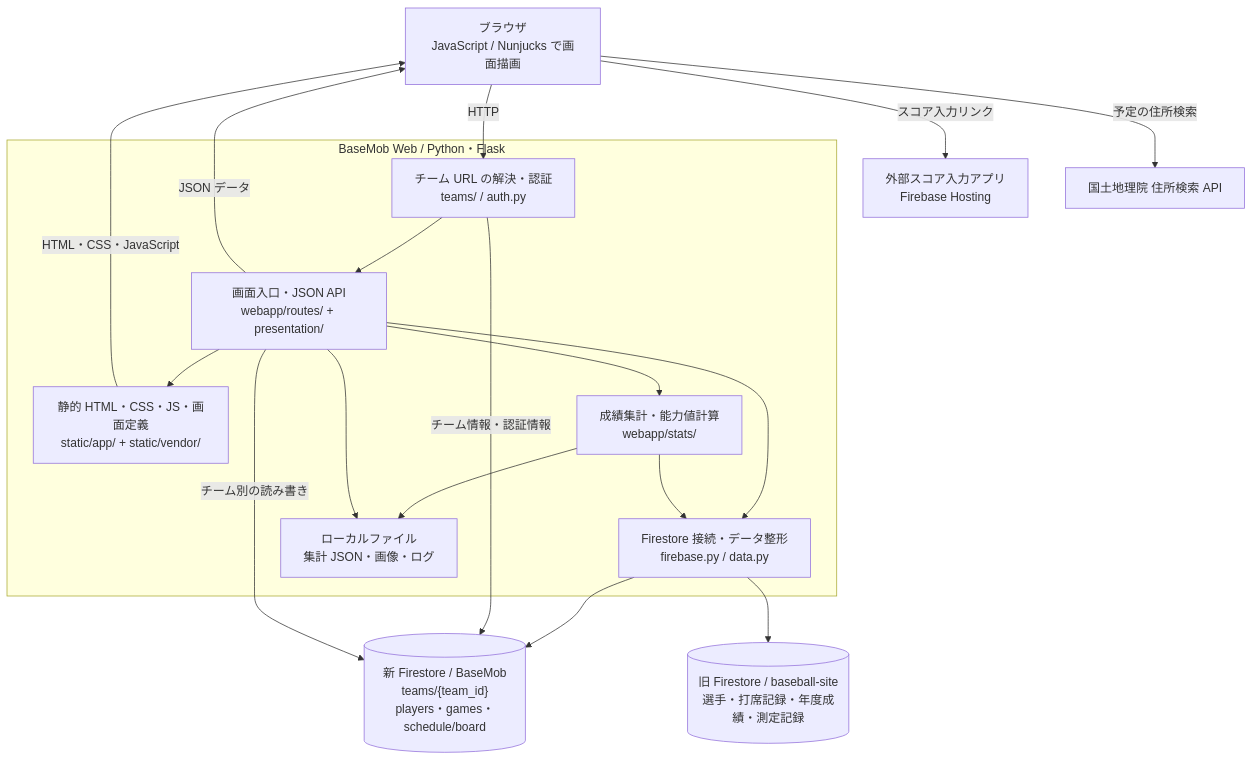
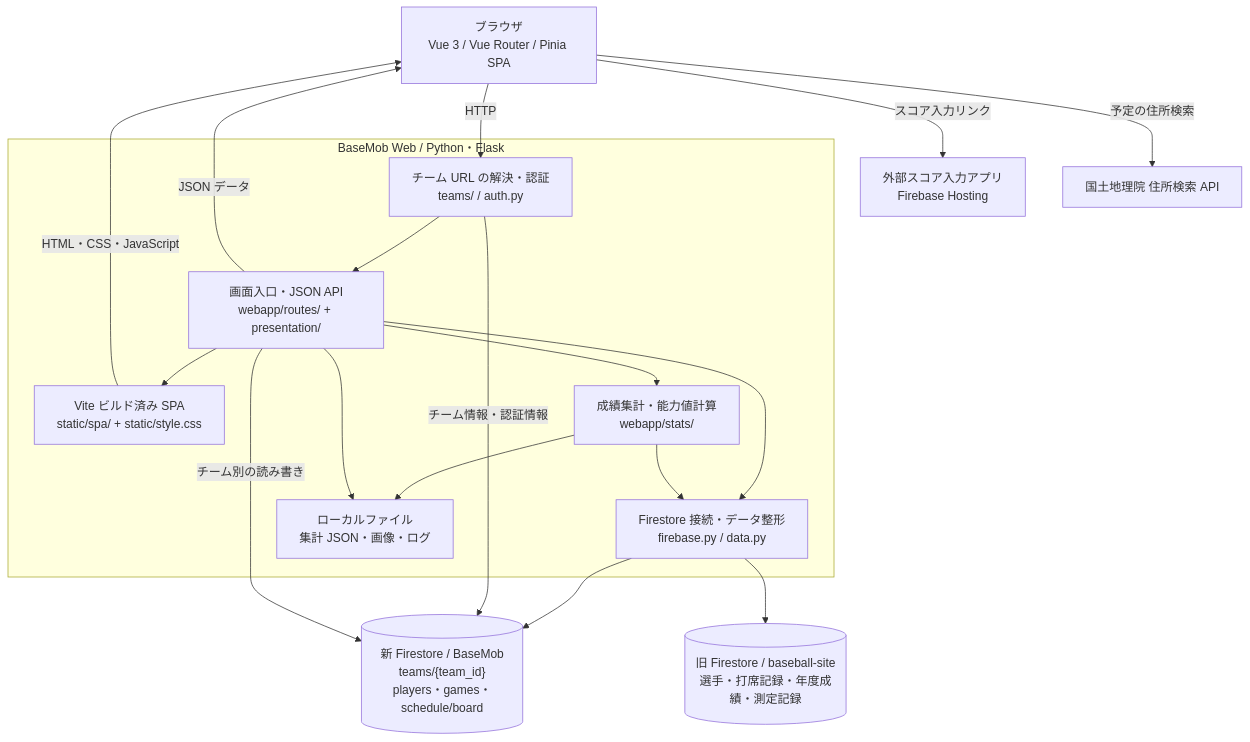
One commit to t-kik0313/basemob-web changed the diagram in README.md. Above: the diagram before and after it, drawn with Mermaid. The commit also changed other lines of this file and 134 other files, not shown here.

````diff
--- a/README.md
+++ b/README.md
@@ -20,35 +20,35 @@
 ```mermaid
 flowchart TB
-    browser["ブラウザ<br/>JavaScript / Nunjucks で画面描画"]
+    browser["ブラウザ<br/>Vue 3 / Vue Router / Pinia SPA"]
     score["外部スコア入力アプリ<br/>Firebase Hosting"]
     geo["国土地理院 住所検索 API"]
 
     subgraph server["BaseMob Web / Python・Flask"]
         auth["チーム URL の解決・認証<br/>teams/ / auth.py"]
         routes["画面入口・JSON API<br/>webapp/routes/ + presentation/"]
-        view["静的 HTML・CSS・JS・画面定義<br/>static/app/ + static/vendor/"]
+        view["Vite ビルド済み SPA<br/>static/spa/ + static/style.css"]
         stats["成績集計・能力値計算<br/>webapp/stats/"]
         data["Firestore 接続・データ整形<br/>firebase.py / data.py"]
         files["ローカルファイル<br/>集計 JSON・画像・ログ"]
     end
 
     newdb[("新 Firestore / BaseMob<br/>teams/{team_id}<br/>players・games・schedule/board")]
     olddb[("旧 Firestore / baseball-site<br/>選手・打席記録・年度成績・測定記録")]
 
     browser -->|HTTP| auth
     auth --> routes
     routes --> view
     routes -->|JSON データ| browser
     view -->|HTML・CSS・JavaScript| browser
     routes --> stats
     routes --> data
     stats --> data
     data --> newdb
     data --> olddb
     auth -->|チーム情報・認証情報| newdb
     routes -->|チーム別の読み書き| newdb
     stats --> files
     routes --> files
     browser -->|スコア入力リンク| score
     browser -->|予定の住所検索| geo
 ```
````
